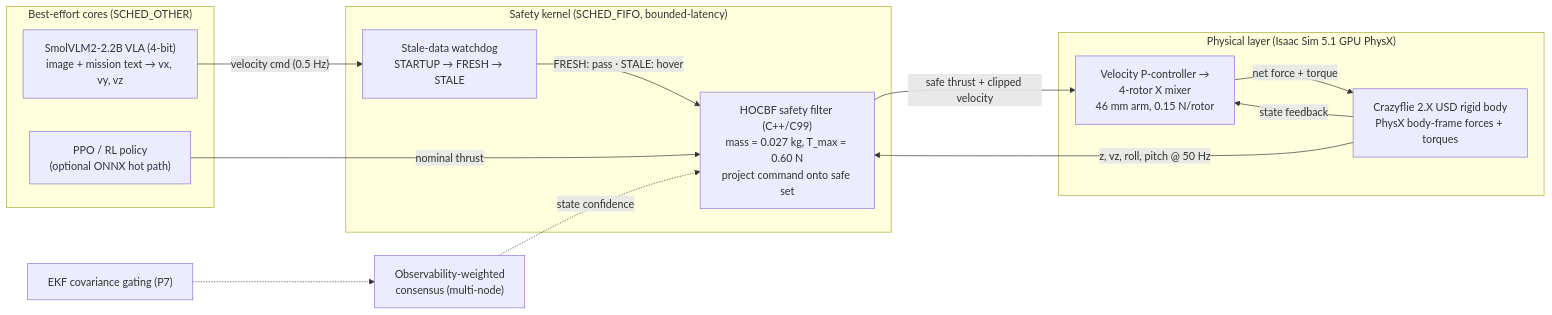
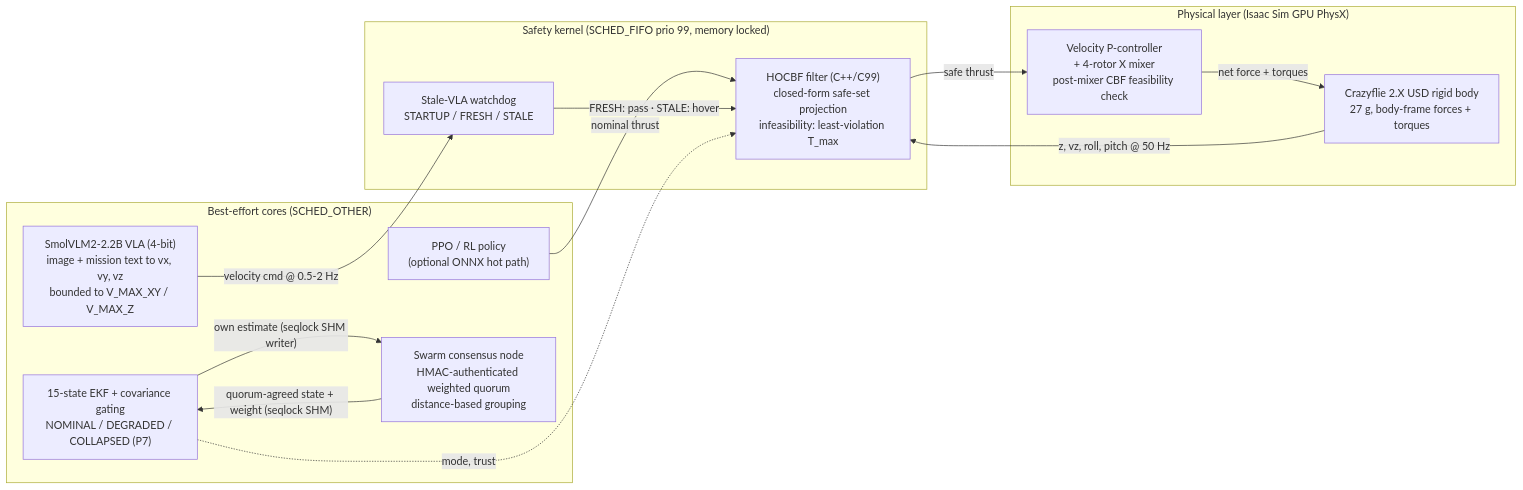
One commit to Rhutvik-pachghare1999/autonomous-drone-safety-architecture changed the diagram in README.md. Above: the diagram before and after it, drawn with Mermaid. The commit also changed other lines of this file, not shown here.

Commit message:
Rewrite README: verified results only, accurate figures and captions, updated architecture (HMAC consensus, fail-closed EKF, production SHM writer), professional tone; drop stale test counts and BFT/hard-RT wording

````diff
--- a/README.md
+++ b/README.md
@@ -120,28 +76,30 @@
 ```mermaid
 flowchart LR
   subgraph BestEffort["Best-effort cores (SCHED_OTHER)"]
-    VLA["SmolVLM2-2.2B VLA (4-bit)<br/>image + mission text → vx, vy, vz"]
+    VLA["SmolVLM2-2.2B VLA (4-bit)<br/>image + mission text to vx, vy, vz<br/>bounded to V_MAX_XY / V_MAX_Z"]
     RL["PPO / RL policy<br/>(optional ONNX hot path)"]
+    EKF["15-state EKF + covariance gating<br/>NOMINAL / DEGRADED / COLLAPSED (P7)"]
+    VOTE["Swarm consensus node<br/>HMAC-authenticated weighted quorum<br/>distance-based grouping"]
   end
 
-  subgraph SafetyKernel["Safety kernel (SCHED_FIFO, bounded-latency)"]
-    WD["Stale-data watchdog<br/>STARTUP → FRESH → STALE"]
-    HOCBF["HOCBF safety filter (C++/C99)<br/>mass = 0.027 kg, T_max = 0.60 N<br/>project command onto safe set"]
+  subgraph RT["Safety kernel (SCHED_FIFO prio 99, memory locked)"]
+    WD["Stale-VLA watchdog<br/>STARTUP / FRESH / STALE"]
+    HOCBF["HOCBF filter (C++/C99)<br/>closed-form safe-set projection<br/>infeasibility: least-violation T_max"]
   end
 
-  subgraph Physical["Physical layer (Isaac Sim 5.1 GPU PhysX)"]
-    CTRL["Velocity P-controller →<br/>4-rotor X mixer<br/>46 mm arm, 0.15 N/rotor"]
-    CF["Crazyflie 2.X USD rigid body<br/>PhysX body-frame forces + torques"]
+  subgraph Phys["Physical layer (Isaac Sim GPU PhysX)"]
+    CTRL["Velocity P-controller<br/>+ 4-rotor X mixer<br/>post-mixer CBF feasibility check"]
+    CF["Crazyflie 2.X USD rigid body<br/>27 g, body-frame forces + torques"]
   end
 
-  EKF["EKF covariance gating (P7)"] -.-> VOTE["Observability-weighted<br/>consensus (multi-node)"]
-  VOTE -.->|"state confidence"| HOCBF
-
-  VLA -->|"velocity cmd (0.5 Hz)"| WD
+  VLA -->|"velocity cmd @ 0.5-2 Hz"| WD
   RL -->|"nominal thrust"| HOCBF
   WD -->|"FRESH: pass · STALE: hover"| HOCBF
-  HOCBF -->|"safe thrust + clipped velocity"| CTRL
-  CTRL -->|"net force + torque"| CF
+  HOCBF -->|"safe thrust"| CTRL
+  CTRL -->|"net force + torques"| CF
   CF -->|"z, vz, roll, pitch @ 50 Hz"| HOCBF
-  CF -->|"state feedback"| CTRL
+
+  EKF -->|"own estimate (seqlock SHM writer)"| VOTE
+  VOTE -->|"quorum-agreed state + weight (seqlock SHM)"| EKF
+  EKF -.->|"mode, trust"| HOCBF
 ```
````
